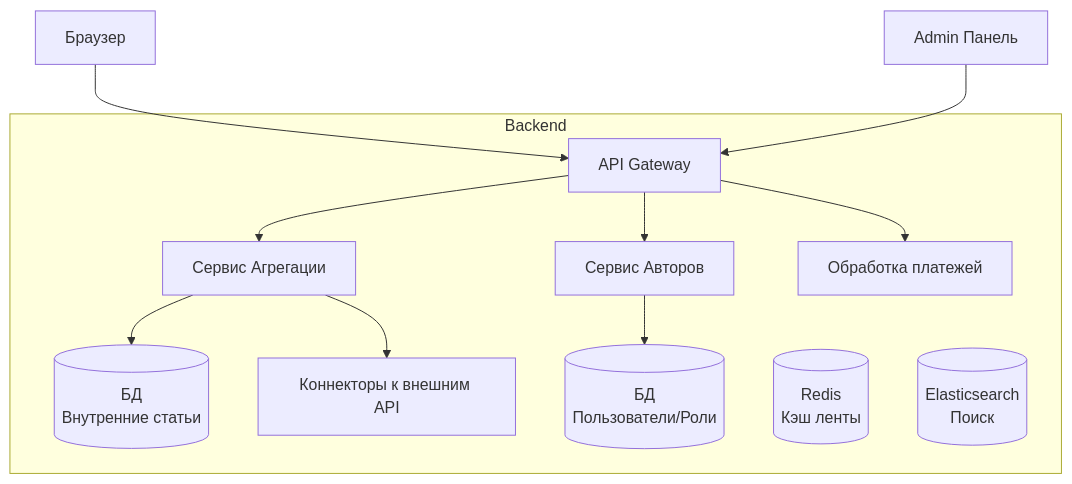
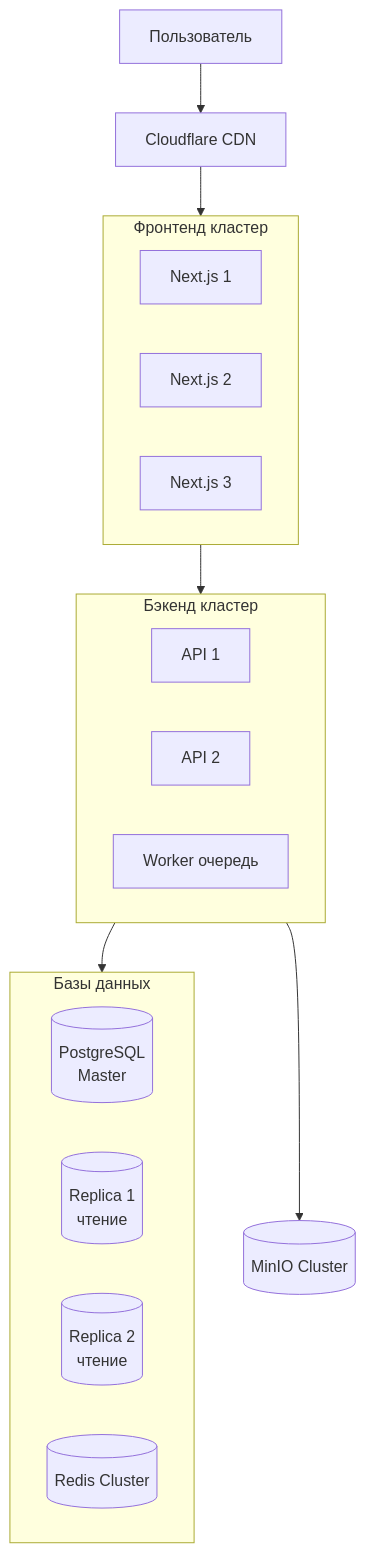
The second of 2 diagrams in Requirements.md (Zwelakhe-git/News-Platform-Politech), drawn with Mermaid before and after one commit. The commit also changed other lines of this file, not shown here.

First line of the commit message:
Revise Requirements for News Platform Module

````diff
--- a/Requirements.md
+++ b/Requirements.md
@@ -91,20 +206,28 @@
 ```mermaid
 graph TD
-    Browser[Браузер] --> API[API Gateway]
+    User[Пользователь] --> Cloudflare[Cloudflare CDN]
     
-    subgraph "Backend"
-        API --> NewsAggregator[Сервис Агрегации]
-        API --> AuthorService[Сервис Авторов]
-        API --> PaymentHandler[Обработка платежей]
-        
-        NewsAggregator --> InternalDB[(БД<br/>Внутренние статьи)]
-        NewsAggregator --> ExternalAPI[Коннекторы к внешним API]
-        
-        AuthorService --> UserDB[(БД<br/>Пользователи/Роли)]
-        
-        Cache[(Redis<br/>Кэш ленты)]
-        Search[(Elasticsearch<br/>Поиск)]
+    subgraph FE [Фронтенд кластер]
+        Next1[Next.js 1]
+        Next2[Next.js 2]
+        Next3[Next.js 3]
     end
     
-    AdminPanel[Admin Панель] --> API
+    subgraph BE [Бэкенд кластер]
+        API1[API 1]
+        API2[API 2]
+        Worker[Worker очередь]
+    end
+    
+    subgraph DB [Базы данных]
+        PG_Master[(PostgreSQL<br/>Master)]
+        PG_Slave1[(Replica 1<br/>чтение)]
+        PG_Slave2[(Replica 2<br/>чтение)]
+        Redis_Cluster[(Redis Cluster)]
+    end
+    
+    Cloudflare --> FE
+    FE --> BE
+    BE --> DB
+    BE --> MinIO[(MinIO Cluster)]
 ```
````
